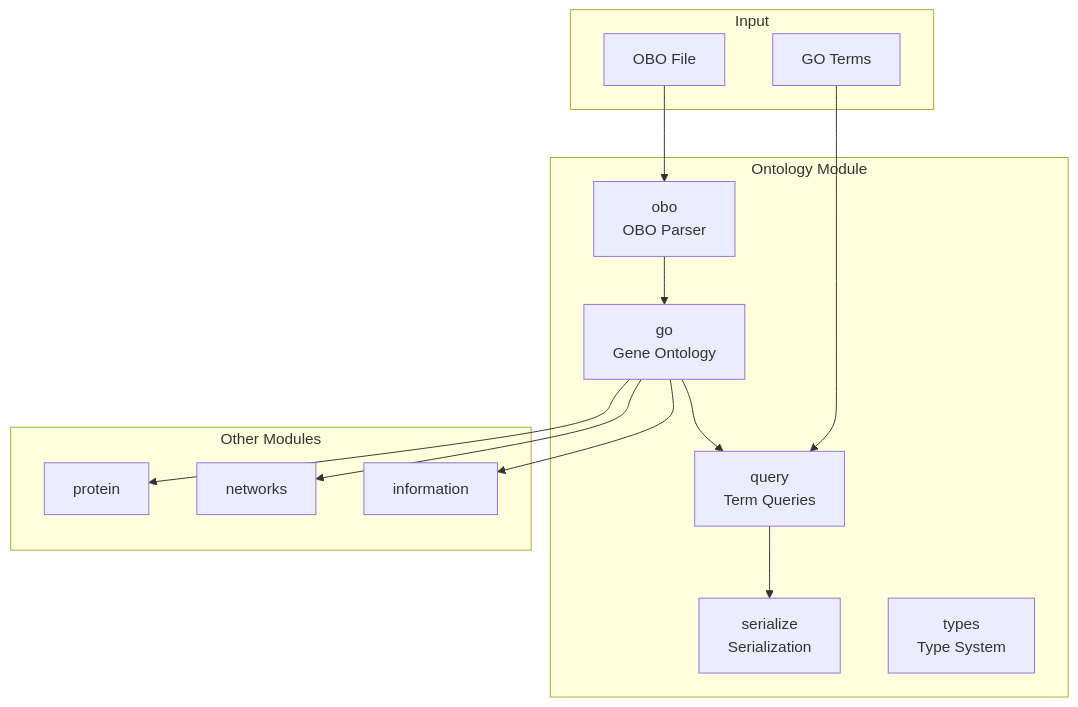
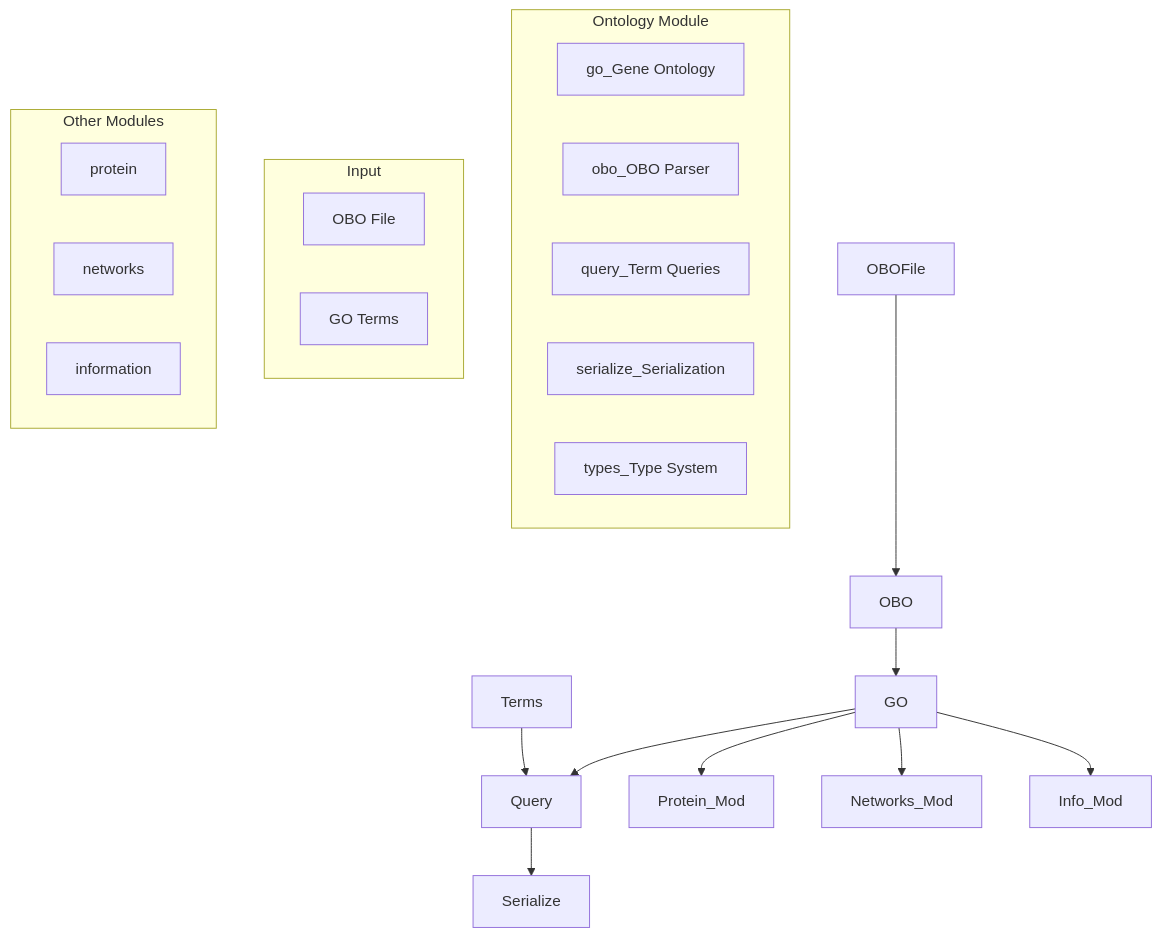
One commit to docxology/MetaInformAnt changed the first of 6 diagrams in src/metainformant/ontology/README.md. Above: the diagram before and after it, drawn with Mermaid. The commit also changed other lines of this file and 611 other files, not shown here.

````diff
--- a/src/metainformant/ontology/README.md
+++ b/src/metainformant/ontology/README.md
@@ -11,30 +11,30 @@
 ```mermaid
 graph TB
     subgraph "Ontology Module"
-        GO[go<br/>Gene Ontology]
-        OBO[obo<br/>OBO Parser]
-        Query[query<br/>Term Queries]
-        Serialize[serialize<br/>Serialization]
-        Types[types<br/>Type System]
+        GOgoGeneOntology[go_Gene Ontology]
+        OBOoboOboParser[obo_OBO Parser]
+        QueryqueryTermQueries[query_Term Queries]
+        SerializeserializeSerialization[serialize_Serialization]
+        TypestypesTypeSystem[types_Type System]
     end
     
     subgraph "Input"
-        OBOFile[OBO File]
-        Terms[GO Terms]
+        OBOFileoboFile[OBO File]
+        TermsgoTerms[GO Terms]
     end
     
     subgraph "Other Modules"
-        Protein_Mod[protein]
-        Networks_Mod[networks]
-        Info_Mod[information]
+        protein[protein]
+        networks[networks]
+        information[information]
     end
     
     OBOFile --> OBO
     OBO --> GO
     Terms --> Query
     GO --> Query
     Query --> Serialize
     GO --> Protein_Mod
     GO --> Networks_Mod
     GO --> Info_Mod
 ```
````
